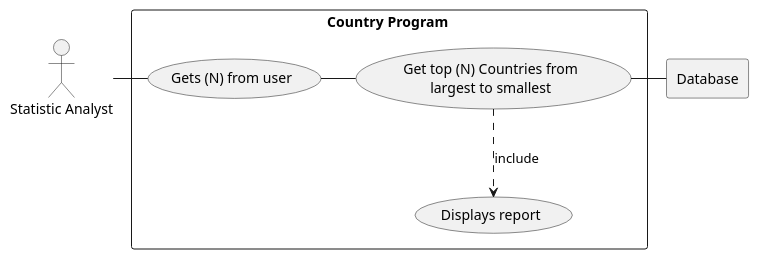
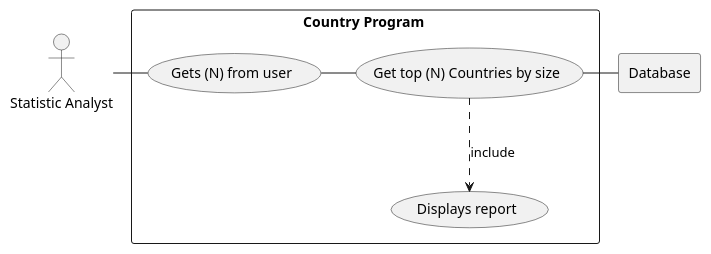
The diagram in use-cases/use-case-2-diagram.puml (WezYoung/SEmethodsCoursework), drawn with PlantUML before and after one commit. The commit also changed 2 other files, not shown here.

Commit message:
Commit to update use-case-diagrams.

```diff
--- a/use-cases/use-case-2-diagram.puml
+++ b/use-cases/use-case-2-diagram.puml
@@ -1,23 +1,22 @@
 @startuml
 
 actor HR as "Statistic Analyst"
 
 rectangle Database
 
 rectangle "Country Program " {
 
 
     usecase UC1 as "Gets (N) from user"
 
-    usecase UC2 as "Get top (N) Countries from
-    largest to smallest"
+    usecase UC2 as "Get top (N) Countries by size"
 
     usecase UCa as "Displays report"
 
     HR - UC1
     UC1 - UC2
     UC2 ..> UCa : include
     UC2 - Database
 }
 
 @enduml
```
